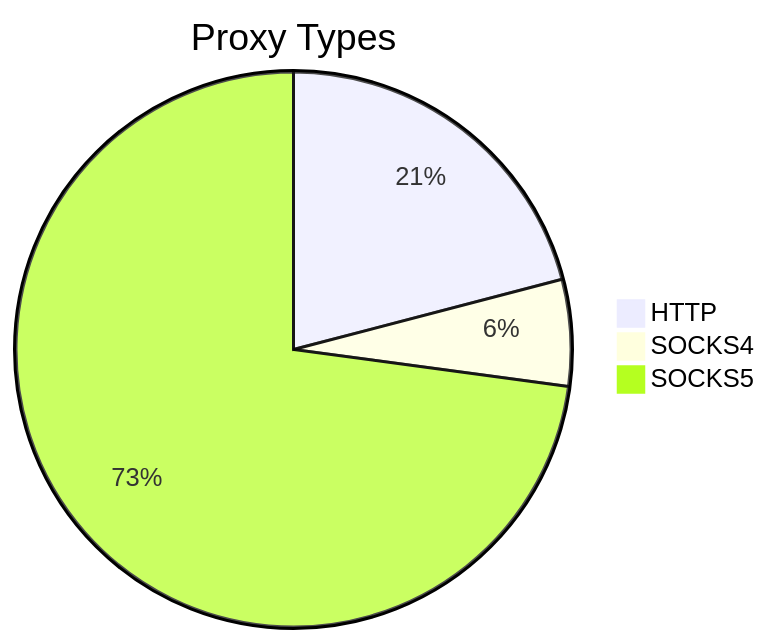
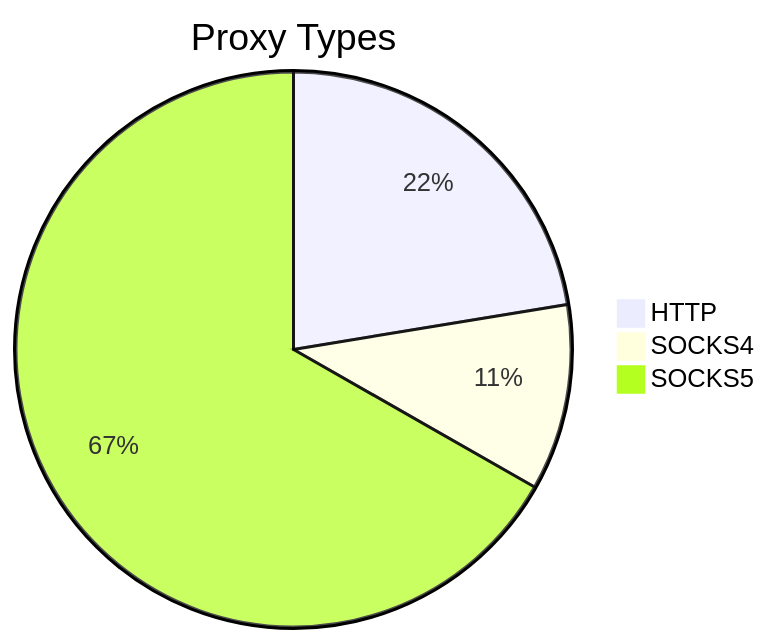
The first of 2 diagrams in README.md (stormsia/proxy-list), drawn with Mermaid before and after one commit. The commit also changed other lines of this file, not shown here.

````diff
--- a/README.md
+++ b/README.md
@@ -21,6 +21,6 @@
 ```mermaid
 pie title Proxy Types
-    "HTTP" : 81
-    "SOCKS4" : 24
-    "SOCKS5" : 282
+    "HTTP" : 95
+    "SOCKS4" : 46
+    "SOCKS5" : 283
 ```
````
